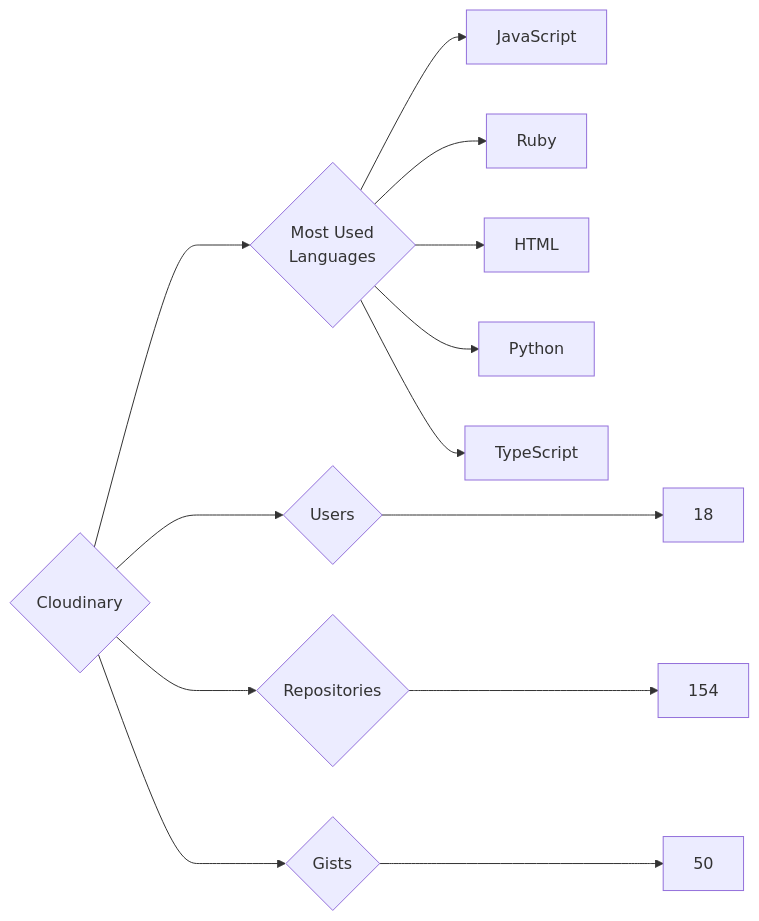
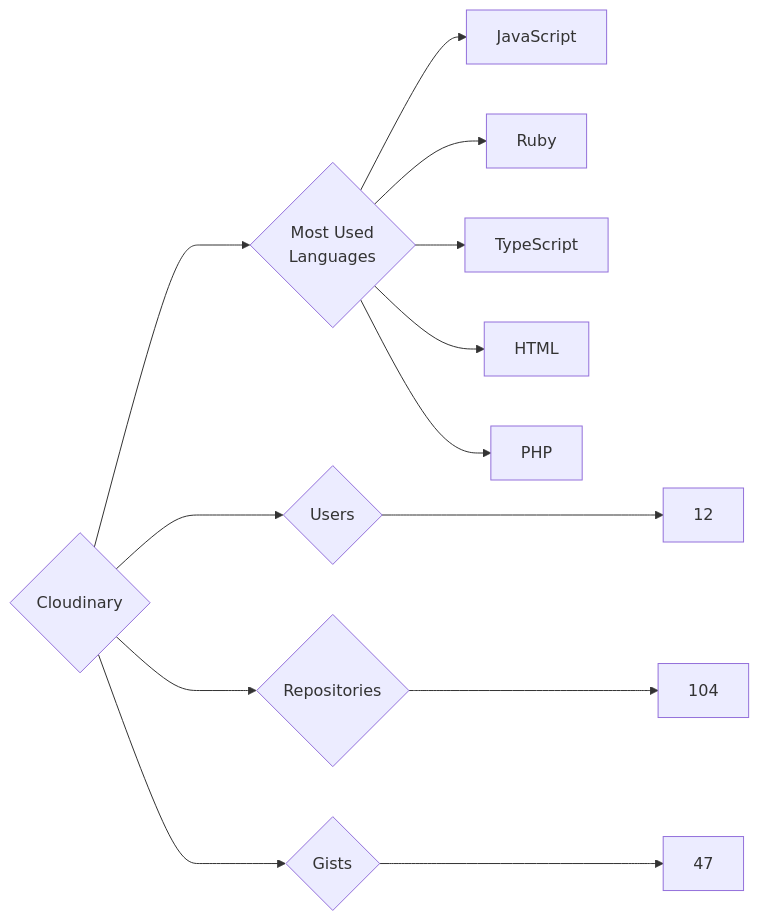
One commit to trickest/insiders changed the diagram in targets/Cloudinary/README.md. Above: the diagram before and after it, drawn with Mermaid. The commit also changed 772 other files, not shown here.

````diff
--- a/targets/Cloudinary/README.md
+++ b/targets/Cloudinary/README.md
@@ -3,13 +3,13 @@
 ```mermaid
 graph LR
 COMPANY_NAME{Cloudinary}
-COMPANY_NAME ---> U{Users} ---> UN[18]
-COMPANY_NAME ---> R{Repositories} ---> RN[154]
-COMPANY_NAME ---> G{Gists} ---> GN[50]
+COMPANY_NAME ---> U{Users} ---> UN[12]
+COMPANY_NAME ---> R{Repositories} ---> RN[104]
+COMPANY_NAME ---> G{Gists} ---> GN[47]
 COMPANY_NAME ---> ML{Most Used<br>Languages}
 ML --> JavaScript[JavaScript]
 ML --> Ruby[Ruby]
+ML --> TypeScript[TypeScript]
 ML --> HTML[HTML]
-ML --> Python[Python]
-ML --> TypeScript[TypeScript]
+ML --> PHP[PHP]
 ```
````
